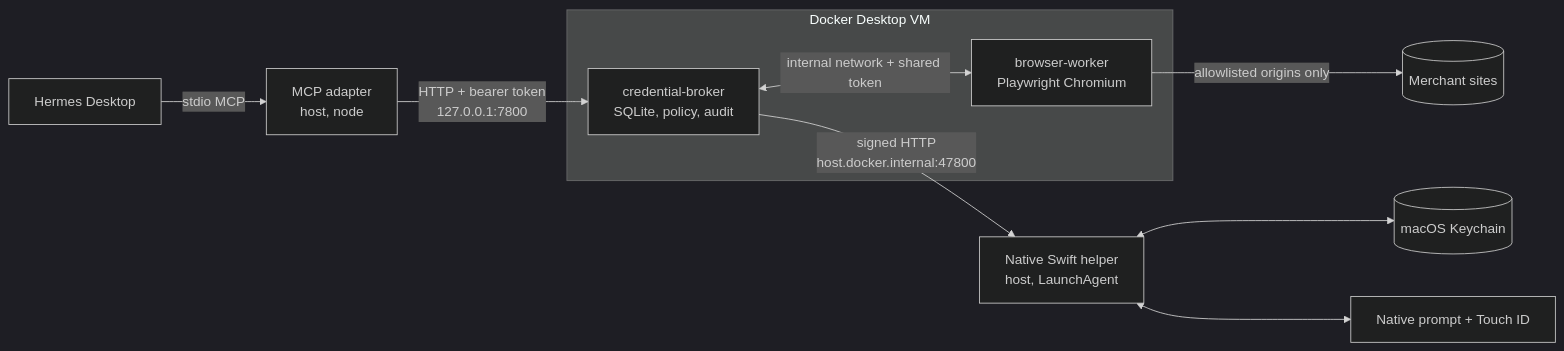
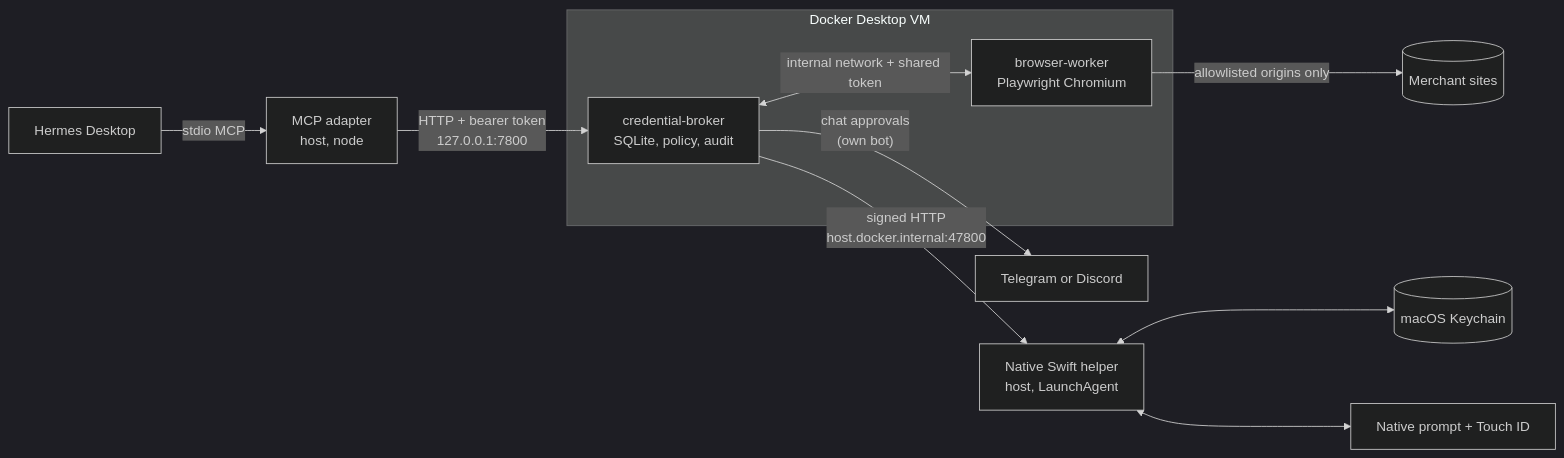
Before and after one commit to wezzcoetzee/hermes-password-manager: the diagram in README.md, drawn with Mermaid (dark theme). The commit also changed other lines of this file and 1 other file, not shown here.

Commit message:
docs: refresh README and add how-it-works diagram

````diff
--- a/README.md
+++ b/README.md
@@ -9,14 +13,15 @@
 ```mermaid
 flowchart LR
   H[Hermes Desktop] -- stdio MCP --> A[MCP adapter<br/>host, node]
   A -- "HTTP + bearer token<br/>127.0.0.1:7800" --> B
   subgraph D[Docker Desktop VM]
     B[credential-broker<br/>SQLite, policy, audit]
     W[browser-worker<br/>Playwright Chromium]
     B <-- "internal network + shared token" --> W
   end
   B -- "signed HTTP<br/>host.docker.internal:47800" --> N[Native Swift helper<br/>host, LaunchAgent]
   N <--> K[(macOS Keychain)]
   N <--> P[Native prompt + Touch ID]
+  B -- "chat approvals<br/>(own bot)" --> C[Telegram or Discord]
   W -- allowlisted origins only --> S[(Merchant sites)]
 ```
````
